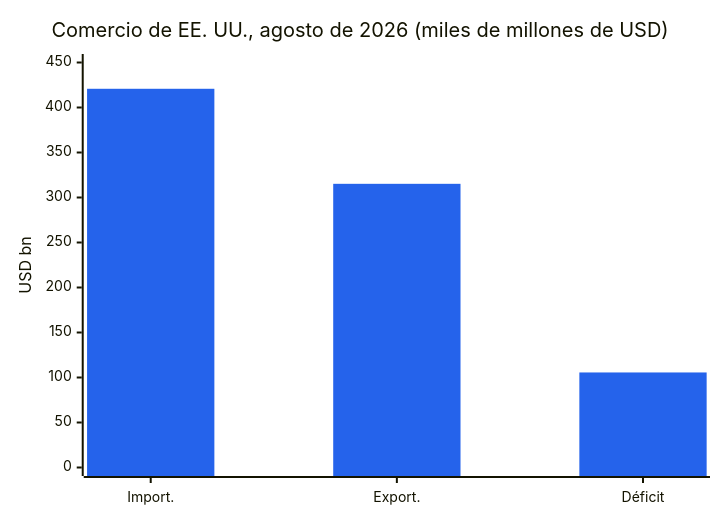
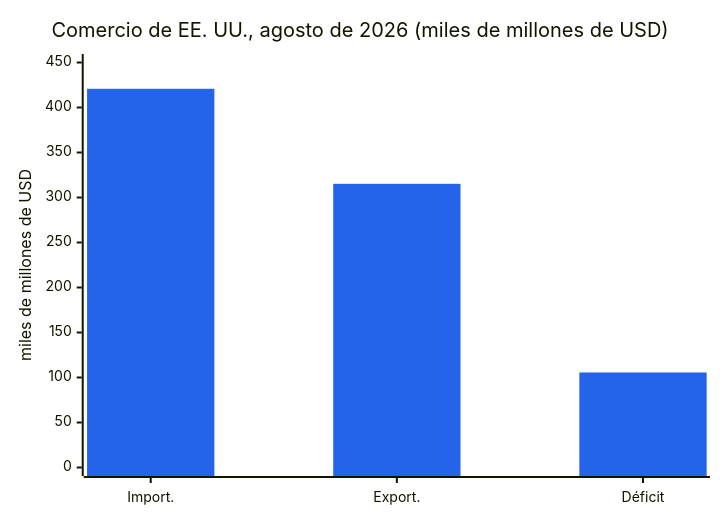
Before and after one commit to dureach/research: the ninth of 19 diagrams in Global-Trade-Intelligence-weekly-2026-10-19/index.es.md, drawn with Mermaid. The commit also changed other lines of this file and 5 other files, not shown here.

````diff
--- a/Global-Trade-Intelligence-weekly-2026-10-19/index.es.md
+++ b/Global-Trade-Intelligence-weekly-2026-10-19/index.es.md
@@ -433,8 +433,8 @@
 ```mermaid
 %%{init: {'theme': 'base', 'themeVariables': {'xyChart': {'plotColorPalette': '#2563eb'}}}}%%
 xychart-beta
     title "Comercio de EE. UU., agosto de 2026 (miles de millones de USD)"
     x-axis ["Import.", "Export.", "Déficit"]
-    y-axis "USD bn" 0 --> 450
+    y-axis "miles de millones de USD" 0 --> 450
     bar [420.8, 315.2, 105.6]
 ```
````
